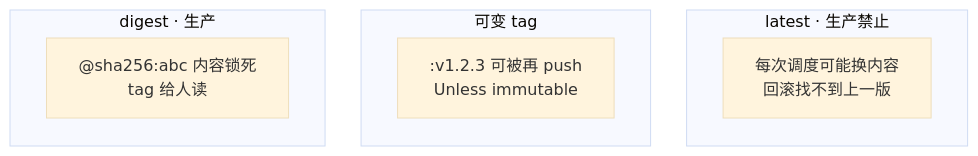
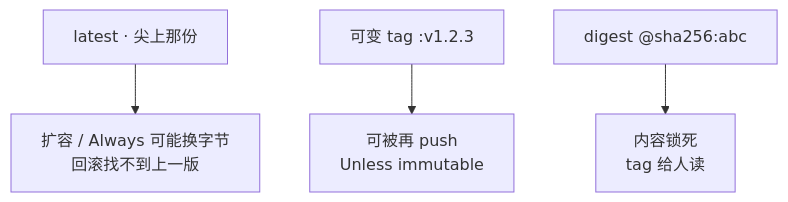
The second of 5 diagrams in 04-工程化与自动化/03-制品与镜像/知识点.md (ml-cuizijun/LearnToLilith), drawn with Mermaid before and after one commit. The commit also changed other lines of this file and 178 other files, not shown here.

````diff
--- a/04-工程化与自动化/03-制品与镜像/知识点.md
+++ b/04-工程化与自动化/03-制品与镜像/知识点.md
@@ -130,18 +59,6 @@
 ```mermaid
-%%{init: {"flowchart": {"padding": 16, "nodeSpacing": 36, "rankSpacing": 48}, "theme": "base"}}%%
 flowchart TB
-    subgraph lat ["latest · 生产禁止"]
-        l1["每次调度可能换内容<br/>回滚找不到上一版"]
-    end
-    subgraph tag ["可变 tag"]
-        t1[":v1.2.3 可被再 push<br/>Unless immutable"]
-    end
-    subgraph dig ["digest · 生产"]
-        d1["@sha256:abc 内容锁死<br/>tag 给人读"]
-    end
-
-    class l1 bad
-    class t1 warn
-    class d1 ok
-
+    L["latest · 尖上那份"] --> L1["扩容 / Always 可能换字节<br/>回滚找不到上一版"]
+    T["可变 tag :v1.2.3"] --> T1["可被再 push<br/>Unless immutable"]
+    D["digest @sha256:abc"] --> D1["内容锁死<br/>tag 给人读"]
 ```
````
